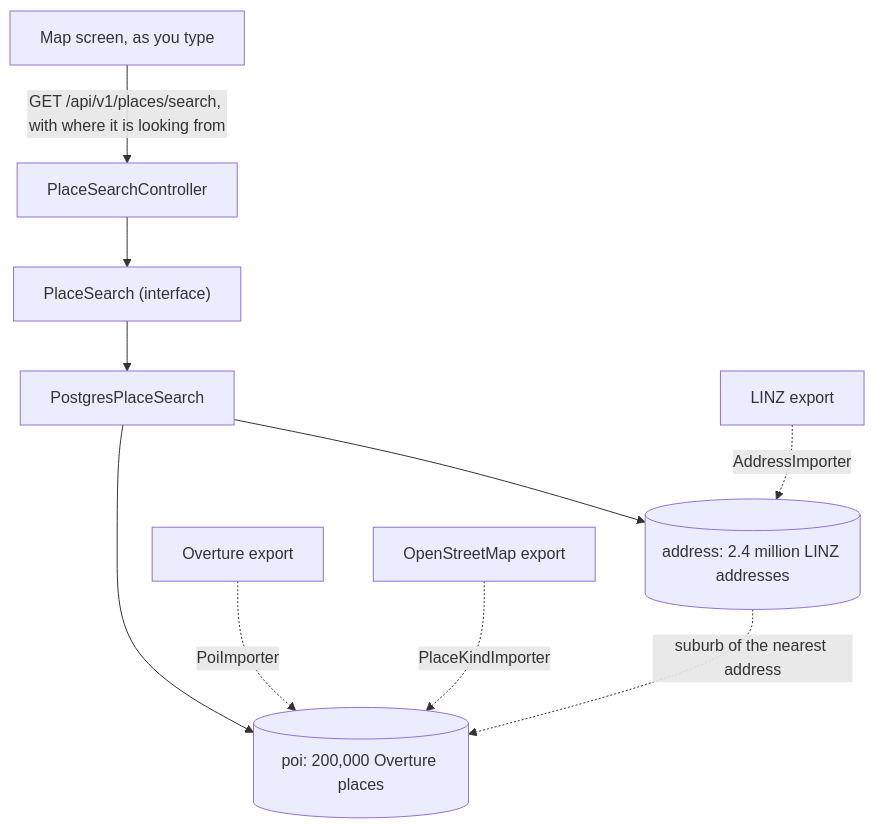
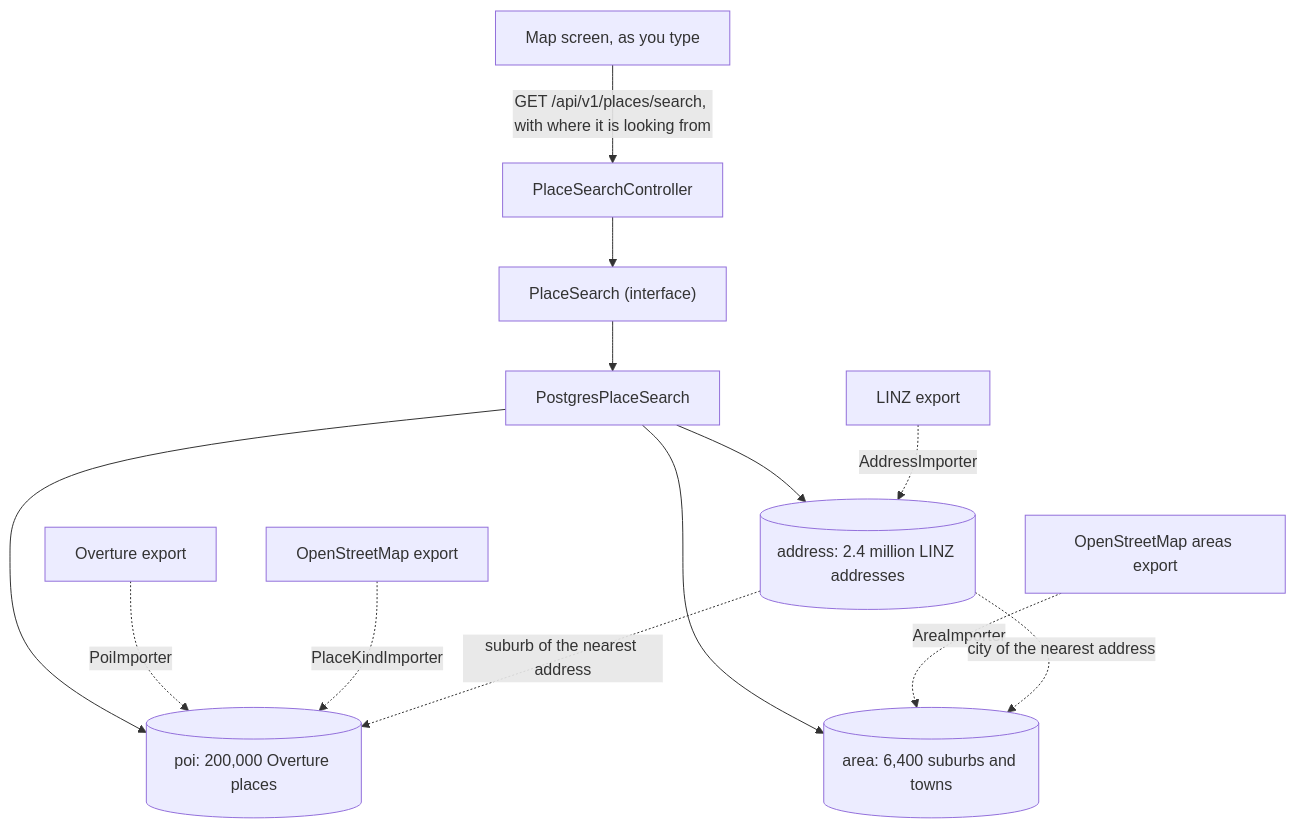
The second of 3 diagrams in docs/architecture.md (gerald-guledew/multi-stop-route-planner), drawn with Mermaid before and after one commit. The commit also changed other lines of this file and 16 other files, not shown here.

First line of the commit message:
Added suburbs and towns to the search (#66)

````diff
--- a/docs/architecture.md
+++ b/docs/architecture.md
@@ -70,12 +70,15 @@
 ```mermaid
 flowchart TD
     Screen["Map screen, as you type"] -->|"GET /api/v1/places/search, with where it is looking from"| SearchController[PlaceSearchController]
     SearchController --> PlaceSearch["PlaceSearch (interface)"]
     PlaceSearch --> Postgres[PostgresPlaceSearch]
     Postgres --> Address[("address: 2.4 million LINZ addresses")]
     Postgres --> Poi[("poi: 200,000 Overture places")]
+    Postgres --> Area[("area: 6,400 suburbs and towns")]
     Linz["LINZ export"] -.->|AddressImporter| Address
     Overture["Overture export"] -.->|PoiImporter| Poi
     Map["OpenStreetMap export"] -.->|PlaceKindImporter| Poi
+    Areas["OpenStreetMap areas export"] -.->|AreaImporter| Area
     Address -.->|"suburb of the nearest address"| Poi
+    Address -.->|"city of the nearest address"| Area
 ```
````
